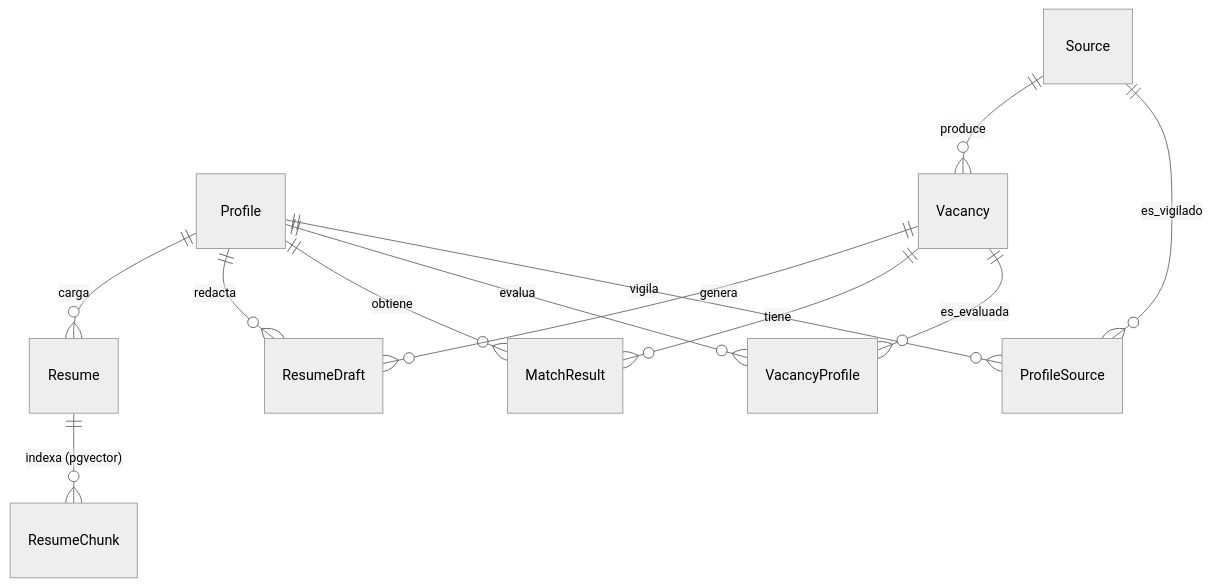
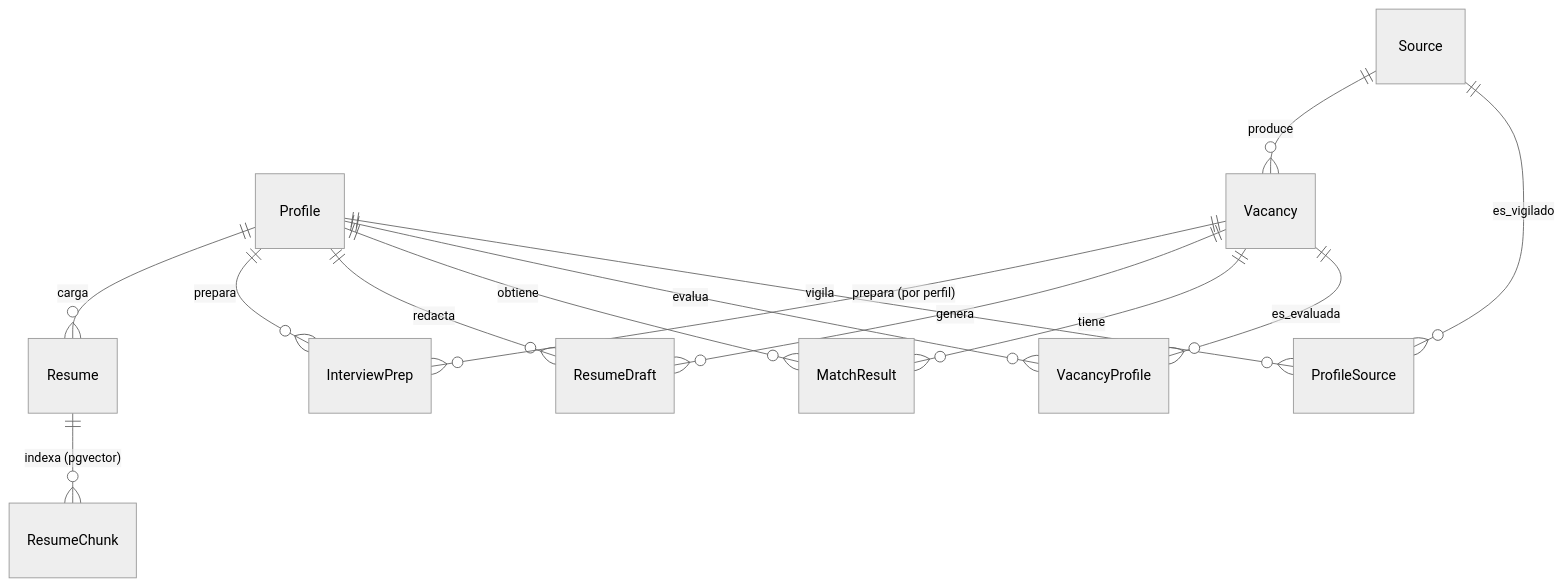
One commit to Artag-Chris/CV-Harness changed the second of 2 diagrams in README.md. Above: the diagram before and after it, drawn with Mermaid (neutral theme). The commit also changed other lines of this file and 14 other files, not shown here.

````diff
--- a/README.md
+++ b/README.md
@@ -152,14 +159,16 @@
 ```mermaid
 erDiagram
     Profile ||--o{ ProfileSource : vigila
     Source  ||--o{ ProfileSource : es_vigilado
     Source  ||--o{ Vacancy : produce
     Profile ||--o{ VacancyProfile : evalua
     Vacancy ||--o{ VacancyProfile : es_evaluada
     Vacancy ||--o{ MatchResult : tiene
     Profile ||--o{ MatchResult : obtiene
     Vacancy ||--o{ ResumeDraft : genera
     Profile ||--o{ ResumeDraft : redacta
+    Vacancy ||--o{ InterviewPrep : "prepara (por perfil)"
+    Profile ||--o{ InterviewPrep : "prepara"
     Profile ||--o{ Resume : carga
     Resume ||--o{ ResumeChunk : "indexa (pgvector)"
 ```
````
